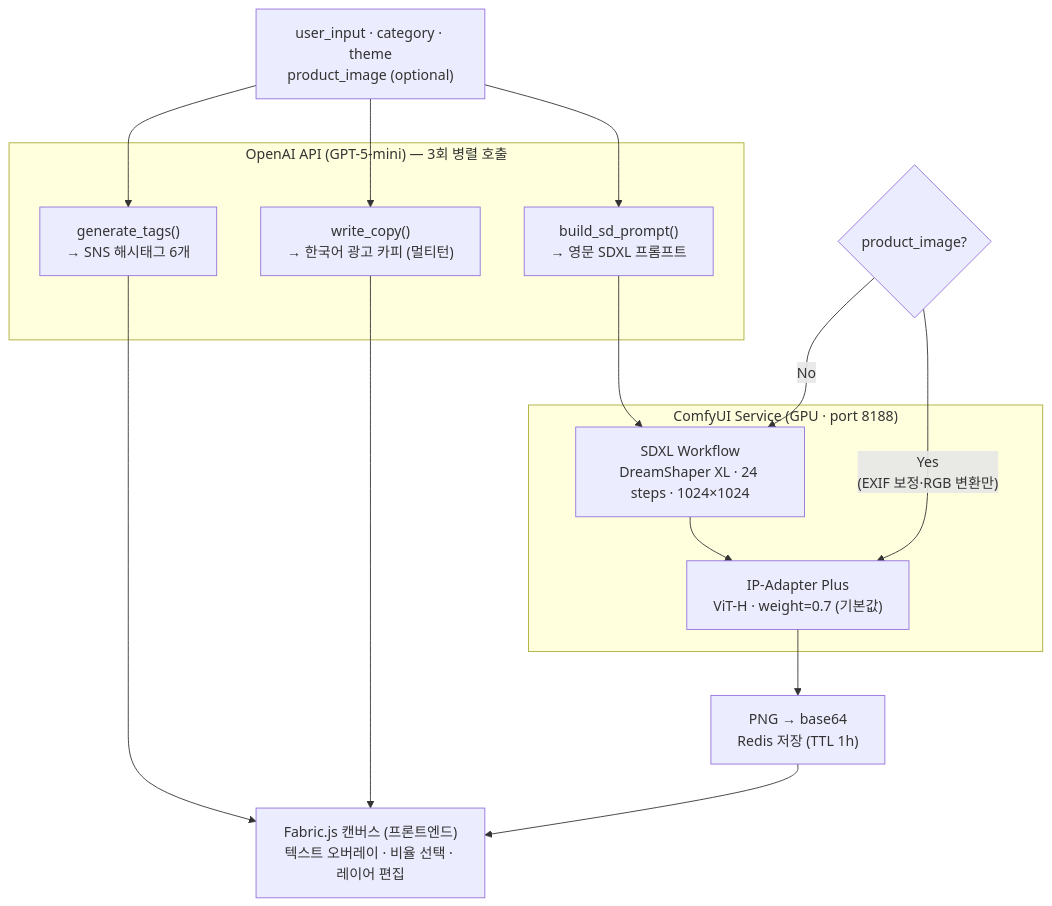
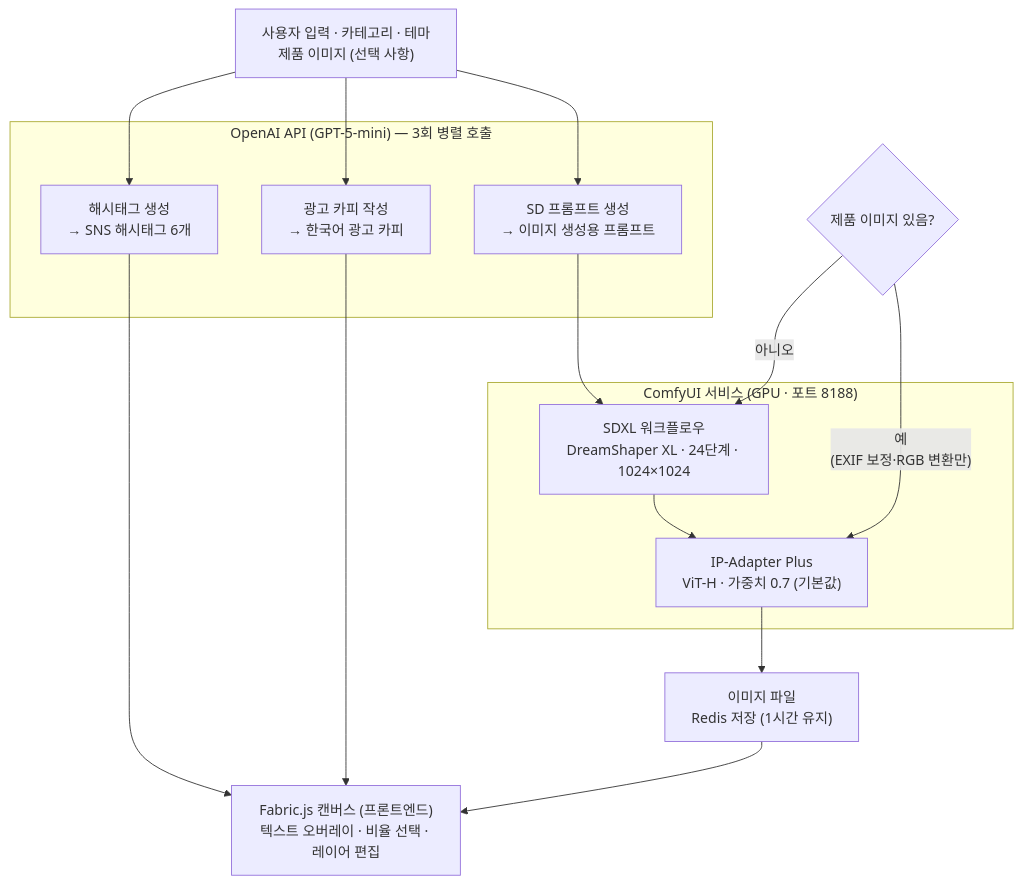
The second of 4 diagrams in docs/arch.md (bykim0119/ADGenService_team7), drawn with Mermaid before and after one commit. The commit also changed 2 other files, not shown here.

Commit message:
arch.md 업데이트

````diff
--- a/docs/arch.md
+++ b/docs/arch.md
@@ -48,33 +48,33 @@
 ```mermaid
 flowchart TD
-    IN["user_input · category · theme\nproduct_image (optional)"]
+    IN["사용자 입력 · 카테고리 · 테마\n제품 이미지 (선택 사항)"]
 
     subgraph GPT["OpenAI API (GPT-5-mini) — 3회 병렬 호출"]
-        P1["build_sd_prompt()\n→ 영문 SDXL 프롬프트"]
-        P2["write_copy()\n→ 한국어 광고 카피 (멀티턴)"]
-        P3["generate_tags()\n→ SNS 해시태그 6개"]
+        P1["SD 프롬프트 생성\n→ 이미지 생성용 프롬프트"]
+        P2["광고 카피 작성\n→ 한국어 광고 카피"]
+        P3["해시태그 생성\n→ SNS 해시태그 6개"]
     end
 
-    subgraph COMFY["ComfyUI Service (GPU · port 8188)"]
-        WF["SDXL Workflow\nDreamShaper XL · 24 steps · 1024×1024"]
-        IPA["IP-Adapter Plus\nViT-H · weight=0.7 (기본값)"]
+    subgraph COMFY["ComfyUI 서비스 (GPU · 포트 8188)"]
+        WF["SDXL 워크플로우\nDreamShaper XL · 24단계 · 1024×1024"]
+        IPA["IP-Adapter Plus\nViT-H · 가중치 0.7 (기본값)"]
     end
 
-    PROD{"product_image?"}
+    PROD{"제품 이미지 있음?"}
 
-    OUT["PNG → base64\nRedis 저장 (TTL 1h)"]
+    OUT["이미지 파일\nRedis 저장 (1시간 유지)"]
 
     CANVAS["Fabric.js 캔버스 (프론트엔드)\n텍스트 오버레이 · 비율 선택 · 레이어 편집"]
 
     IN --> P1
     IN --> P2
     IN --> P3
     P1 --> WF
-    PROD -- "Yes\n(EXIF 보정·RGB 변환만)" --> IPA
+    PROD -- "예\n(EXIF 보정·RGB 변환만)" --> IPA
     WF --> IPA
-    PROD -- "No" --> WF
+    PROD -- "아니오" --> WF
     IPA --> OUT
     P2 --> CANVAS
     P3 --> CANVAS
     OUT --> CANVAS
 ```
````
